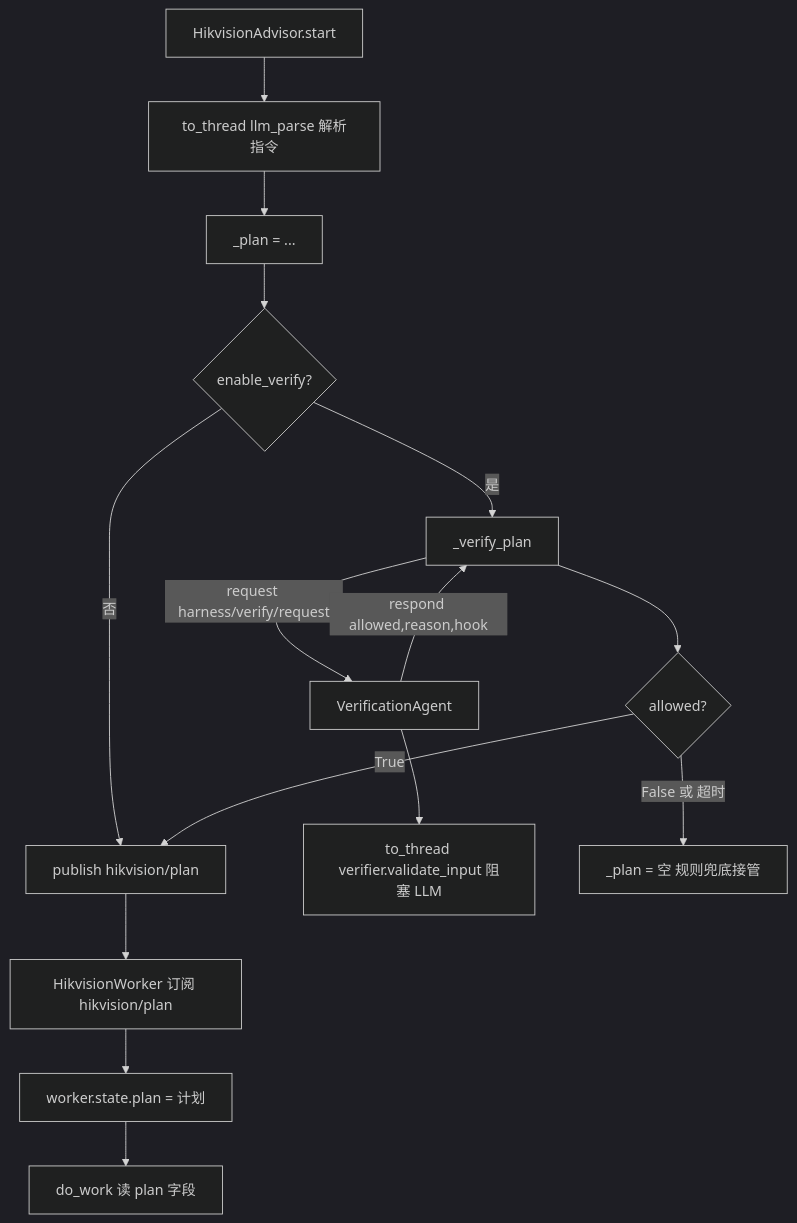
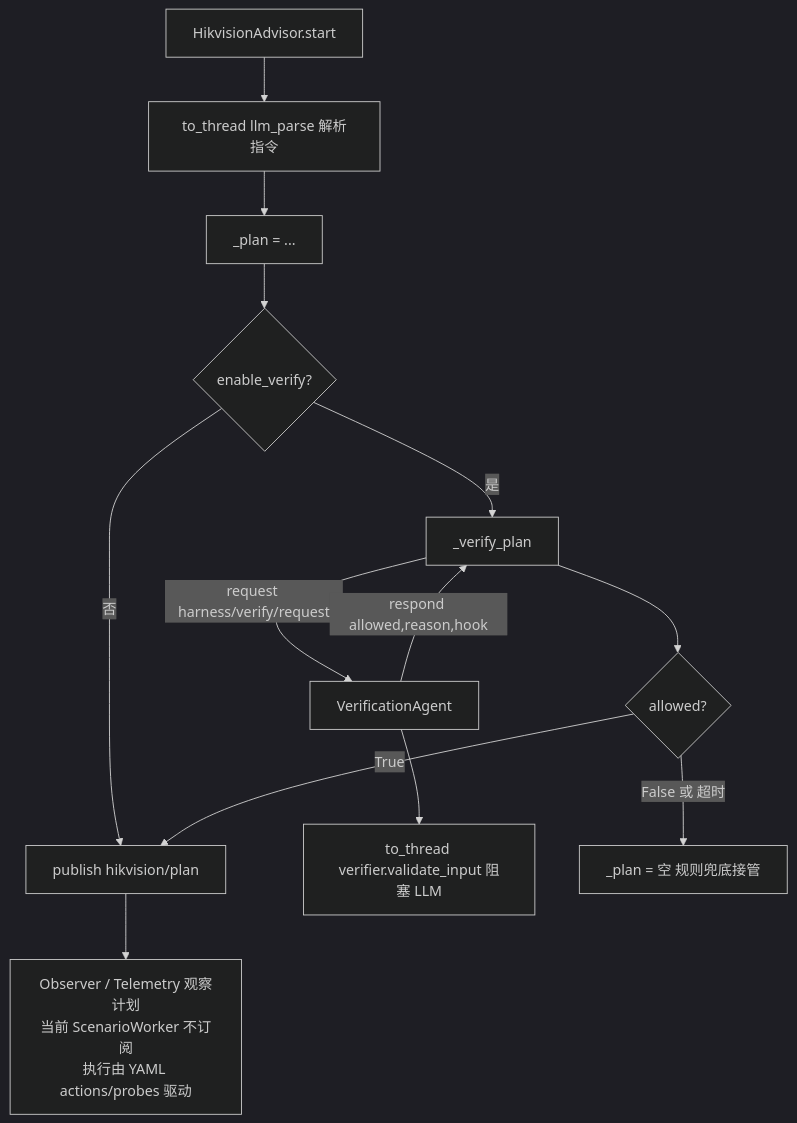
Before and after one commit to sunbos/stability-check: the sixth of 9 diagrams in docs/plans/事件链索引.md, drawn with Mermaid (dark theme). The commit also changed other lines of this file and 6 other files, not shown here.

````diff
--- a/docs/plans/事件链索引.md
+++ b/docs/plans/事件链索引.md
@@ -186,17 +186,15 @@
 ```mermaid
 flowchart TD
     A[HikvisionAdvisor.start] --> LLM[to_thread llm_parse 解析指令]
     LLM --> PL[_plan = ...]
     PL --> EV{enable_verify?}
     EV -->|否| PUB[publish hikvision/plan]
     EV -->|是| VR[_verify_plan]
     VR -->|request harness/verify/request| VA[VerificationAgent]
     VA --> VL[to_thread verifier.validate_input 阻塞 LLM]
     VA -->|respond allowed,reason,hook| VR
     VR --> AL{allowed?}
     AL -->|False 或 超时| DROP[_plan = 空 规则兜底接管]
     AL -->|True| PUB
-    PUB --> W[HikvisionWorker 订阅 hikvision/plan]
-    W --> ST[worker.state.plan = 计划]
-    ST --> DW[do_work 读 plan 字段]
+    PUB --> OBS[Observer / Telemetry 观察计划<br/>当前 ScenarioWorker 不订阅<br/>执行由 YAML actions/probes 驱动]
 ```
````
